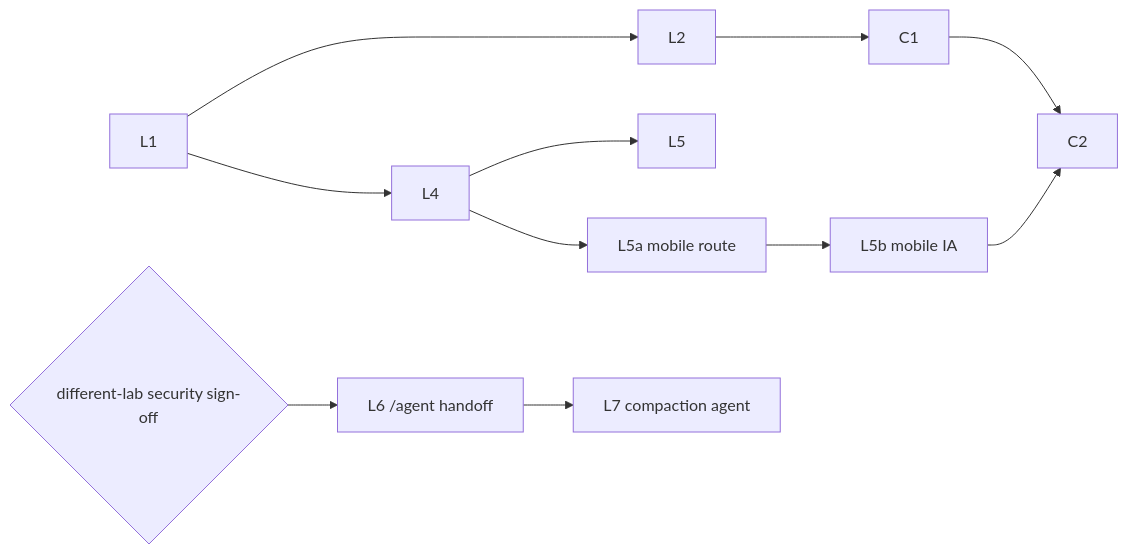
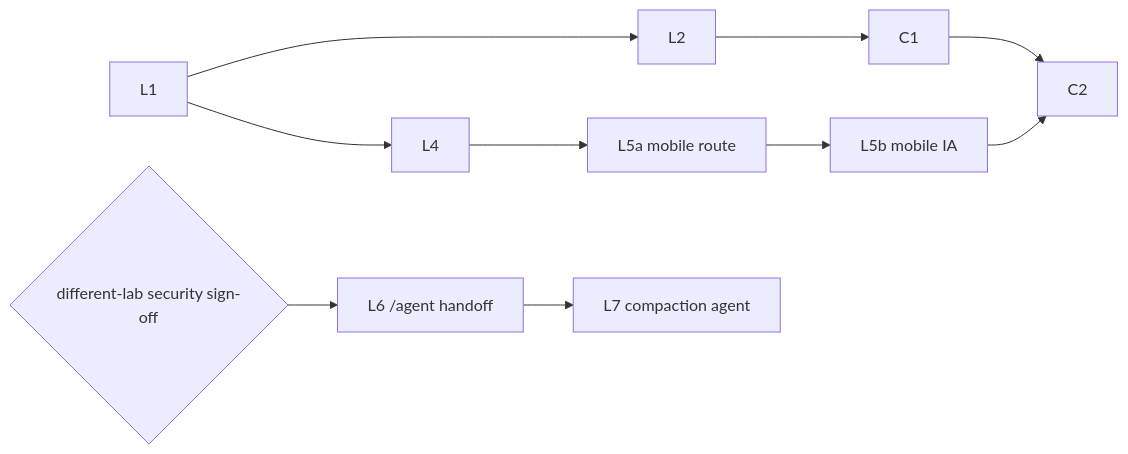
The second of 2 diagrams in docs/designs/dm-archive-statistics-backstack.md (cheese-work/multica), drawn with Mermaid before and after one commit.

Commit message:
docs(chat): drop the stale L4 to L5 edge from the A1 diagram (CHE-1756)

````diff
--- a/docs/designs/dm-archive-statistics-backstack.md
+++ b/docs/designs/dm-archive-statistics-backstack.md
@@ -167,13 +167,12 @@
 ```mermaid
 flowchart LR
   L1 --> L2
   L1 --> L4
-  L4 --> L5
   L4 --> L5a["L5a mobile route"]
   L5a --> L5b["L5b mobile IA"]
   L2 --> C1
   C1 --> C2
   L5b --> C2
   SEC{"different-lab security sign-off"} --> L6["L6 /agent handoff"]
   L6 --> L7["L7 compaction agent"]
 ```
````
